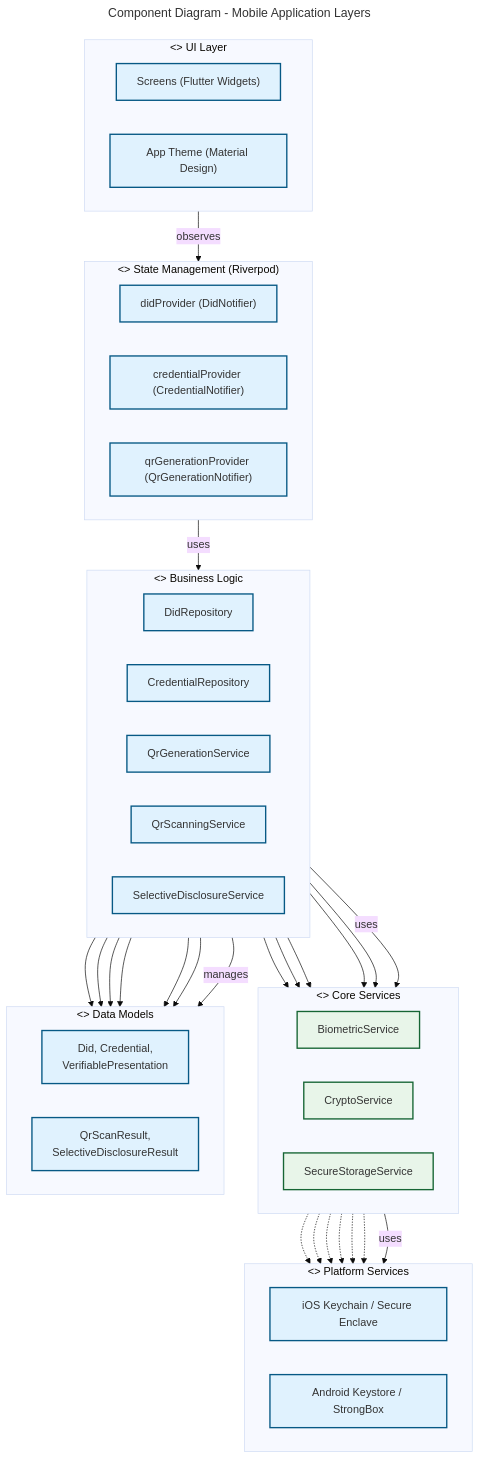
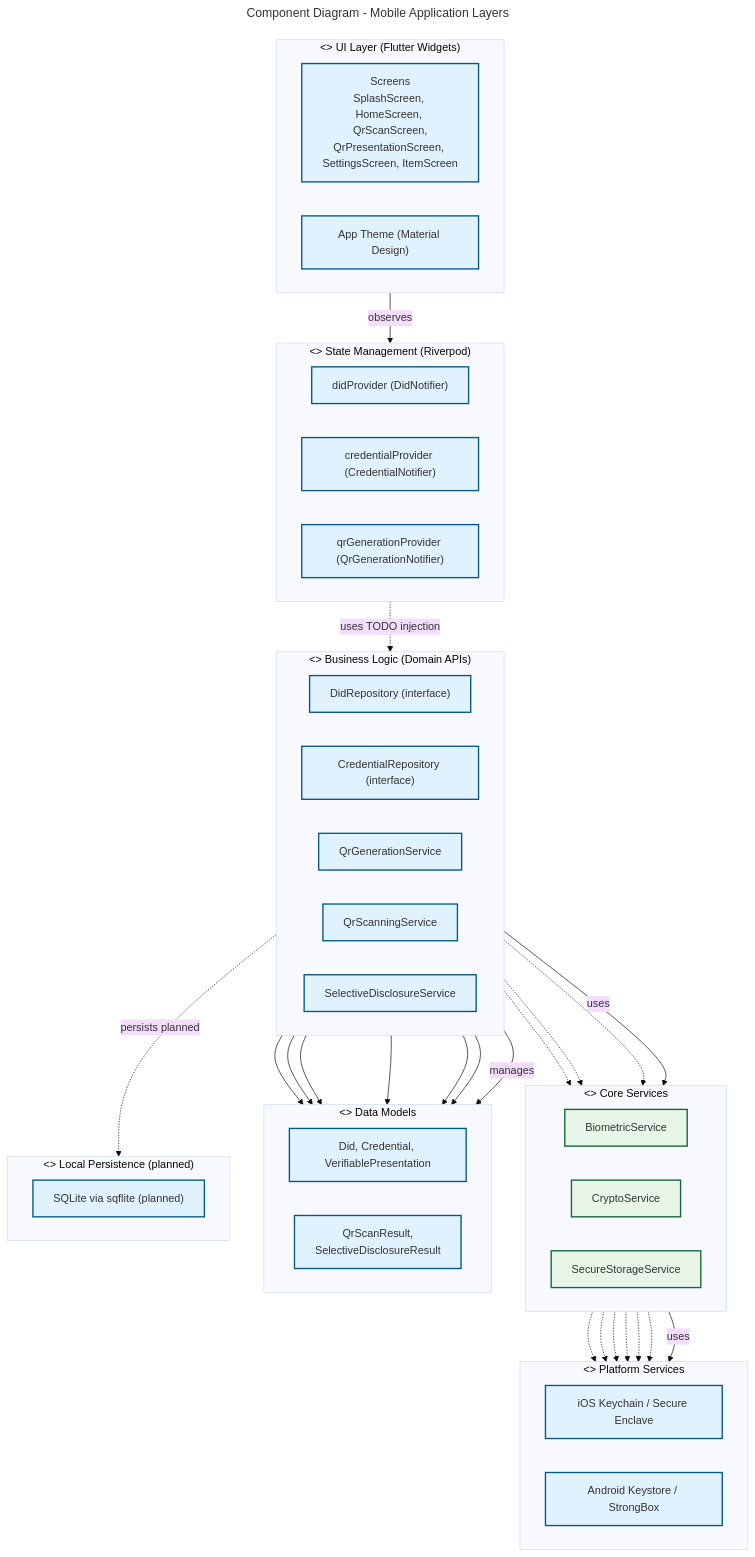
One commit to CHATEAUFORGE-LLC/QuantumZero changed the diagram in diagrams/component-mobile-layers.mmd. Above: the diagram before and after it, drawn with Mermaid. The commit also changed 23 other files, not shown here.

Commit message:
syntax corrections and diagram indexing

```diff
--- a/diagrams/component-mobile-layers.mmd
+++ b/diagrams/component-mobile-layers.mmd
@@ -1,86 +1,93 @@
 ---
 title: Component Diagram - Mobile Application Layers
 config:
   theme: base
 ---
 %% QuantumZero UML palette note: actors/external=#fff7e6/#b45309, system/component=#e0f2fe/#075985, datastore=#ecfccb/#4d7c0f, notes=#fff9c4/#d97706. Aligns diagrams to Deliverable 1 UML/DFD theme.
 flowchart TB
     %% QuantumZero UML palette (standardized)
     classDef actor fill:#fff7e6,stroke:#b45309,stroke-width:2px
     classDef component fill:#e0f2fe,stroke:#075985,stroke-width:2px
     classDef service fill:#e8f5e9,stroke:#166534,stroke-width:2px
     classDef datastore fill:#ecfccb,stroke:#4d7c0f,stroke-width:2px
 
+    %% Legend: solid = current coupling, dashed = planned/TODO wiring
+
     %% UI Layer
-    subgraph UI_Layer["<<component>> UI Layer"]
+    subgraph UI_Layer["<<component>> UI Layer (Flutter Widgets)"]
         direction LR
-        Screens["Screens (Flutter Widgets)"]:::component
+        Screens["Screens<br/>SplashScreen, HomeScreen, QrScanScreen,<br/>QrPresentationScreen, SettingsScreen, ItemScreen"]:::component
         Theme["App Theme (Material Design)"]:::component
     end
     
     %% State Management Layer
     subgraph State_Layer["<<component>> State Management (Riverpod)"]
         direction LR
         DidProvider["didProvider (DidNotifier)"]:::component
         CredProvider["credentialProvider (CredentialNotifier)"]:::component
         QrGenProvider["qrGenerationProvider (QrGenerationNotifier)"]:::component
     end
     
     %% Business Logic Layer
-    subgraph Business_Layer["<<component>> Business Logic"]
+    subgraph Business_Layer["<<component>> Business Logic (Domain APIs)"]
         direction LR
-        DidRepo["DidRepository"]:::component
-        CredRepo["CredentialRepository"]:::component
+        DidRepo["DidRepository (interface)"]:::component
+        CredRepo["CredentialRepository (interface)"]:::component
         QrGenSvc["QrGenerationService"]:::component
         QrScanSvc["QrScanningService"]:::component
         SelDiscSvc["SelectiveDisclosureService"]:::component
     end
     
     %% Core Services Layer
     subgraph Services_Layer["<<service>> Core Services"]
         direction LR
         Bio["BiometricService"]:::service
         Crypto["CryptoService"]:::service
         Storage["SecureStorageService"]:::service
     end
     
     %% Data Models
     subgraph Models_Layer["<<component>> Data Models"]
         direction LR
-        Models["Did, Credential,<br/>VerifiablePresentation"]:::component
+        Models["Did, Credential, VerifiablePresentation"]:::component
         AuxModels["QrScanResult,<br/>SelectiveDisclosureResult"]:::component
+    end
+
+    %% Data Storage (planned, currently TODO)
+    subgraph Storage_Layer["<<component>> Local Persistence (planned)"]
+        direction LR
+        SQLite["SQLite via sqflite (planned)"]:::component
     end
     
     %% Platform Layer
     subgraph Platform_Layer["<<component>> Platform Services"]
         direction LR
         iOS["iOS Keychain / Secure Enclave"]:::component
         Android["Android Keystore / StrongBox"]:::component
     end
     
     %% Component Interfaces
     UI_Layer -->|observes| State_Layer
-    State_Layer -->|uses| Business_Layer
+    State_Layer -. uses TODO injection .-> Business_Layer
     Business_Layer -->|uses| Services_Layer
     Business_Layer -->|manages| Models_Layer
     Services_Layer -->|uses| Platform_Layer
+    Business_Layer -. persists planned .-> Storage_Layer
     
     DidRepo --> Models
     CredRepo --> Models
     QrGenSvc --> Models
     SelDiscSvc --> Models
     QrScanSvc --> AuxModels
     SelDiscSvc --> AuxModels
     
     Bio -.-> iOS
     Bio -.-> Android
     Crypto -.-> iOS
     Crypto -.-> Android
     Storage -.-> iOS
     Storage -.-> Android
     
-    DidRepo --> Storage
-    CredRepo --> Storage
-    QrGenSvc --> Crypto
-    SelDiscSvc --> Crypto
-    QrScanSvc --> Crypto
+    QrGenSvc -.-> Crypto
+    SelDiscSvc -.-> Crypto
+    QrScanSvc -.-> Crypto
```
